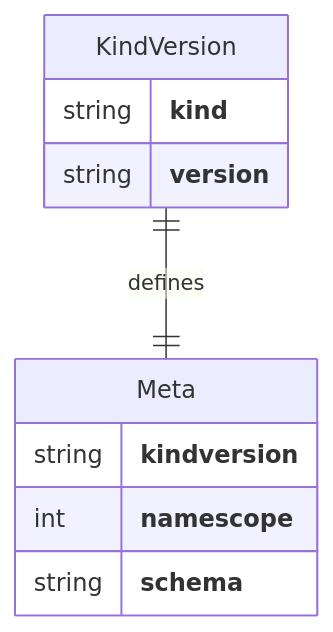
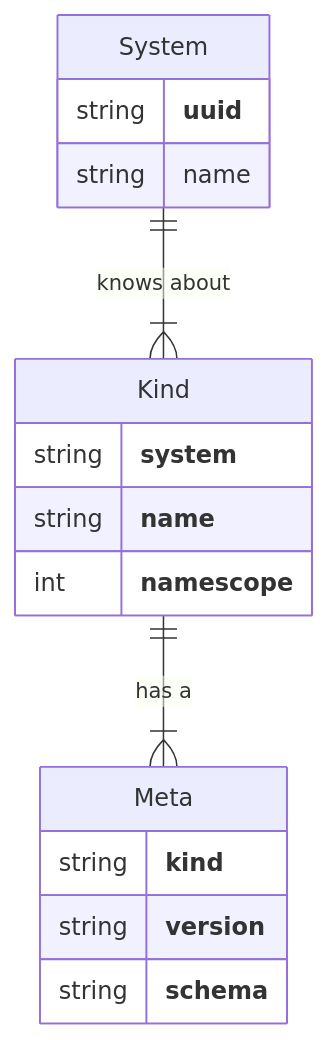
Before and after one commit to relexec/rxp: the second of 3 diagrams in docs/taxonomy.md, drawn with Mermaid. The commit also changed other lines of this file and 2 other files, not shown here.

First line of the commit message:
remove global and kind namescope

````diff
--- a/docs/taxonomy.md
+++ b/docs/taxonomy.md
@@ -20,13 +35,19 @@
 ```mermaid
 erDiagram
-    KindVersion ||--|| Meta : defines
-    KindVersion {
+    System ||--|{ Kind : "knows about"
+    Kind ||--|{ Meta : "has a"
+    System {
+        string **uuid**
+        string name
+    }
+    Kind {
+        string **system**
+        string **name**
+        int **namescope**
+    }
+    Meta{
         string **kind**
         string **version**
-    }
-    Meta{
-        string **kindversion**
-        int **namescope**
         string **schema**
     }
 ```
````
